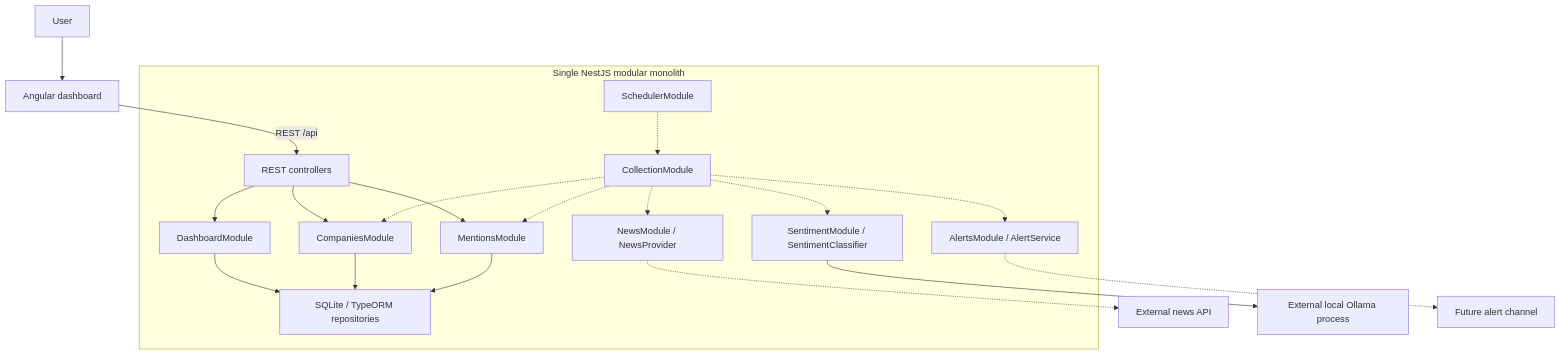
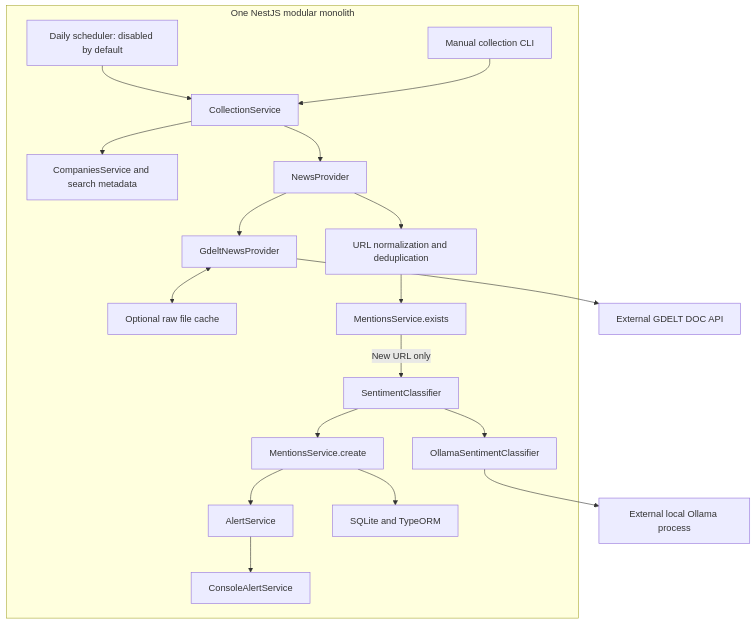
Before and after one commit to HenFaibishProjects/ourcrowd-press-monitor: the first of 3 diagrams in docs/ARCHITECTURE.md, drawn with Mermaid. The commit also changed other lines of this file and 41 other files, not shown here.

First line of the commit message:
feat: complete backend news and collection infrastructure

````diff
--- a/docs/ARCHITECTURE.md
+++ b/docs/ARCHITECTURE.md
@@ -62,23 +62,21 @@
 ```mermaid
 flowchart TD
-    User[User] --> Angular[Angular dashboard]
-    Angular -->|REST /api| API
-    subgraph Nest[Single NestJS modular monolith]
-        API[REST controllers]
-        API --> Dashboard[DashboardModule]
-        API --> Companies[CompaniesModule]
-        API --> Mentions[MentionsModule]
-        Scheduler[SchedulerModule] -.-> Collection[CollectionModule]
-        Collection -.-> Companies
-        Collection -.-> News[NewsModule / NewsProvider]
-        Collection -.-> Sentiment[SentimentModule / SentimentClassifier]
-        Collection -.-> Mentions
-        Collection -.-> Alerts[AlertsModule / AlertService]
-        Dashboard --> Storage
+    subgraph App["One NestJS modular monolith"]
+        Scheduler["Daily scheduler: disabled by default"] --> Collection[CollectionService]
+        CLI["Manual collection CLI"] --> Collection
+        Collection --> Companies["CompaniesService and search metadata"]
+        Collection --> News[NewsProvider]
+        News --> Gdelt[GdeltNewsProvider]
+        Gdelt <--> Cache["Optional raw file cache"]
+        News --> Dedup["URL normalization and deduplication"]
+        Dedup --> Exists["MentionsService.exists"]
+        Exists -->|New URL only| Classifier[SentimentClassifier]
+        Classifier --> OllamaAdapter[OllamaSentimentClassifier]
+        Classifier --> Persist["MentionsService.create"]
+        Persist --> Alerts[AlertService]
+        Alerts --> Console[ConsoleAlertService]
+        Persist --> SQLite["SQLite and TypeORM"]
     end
-    News -.-> NewsAPI[External news API]
-    Sentiment --> Ollama[External local Ollama process]
-    Companies --> Storage[SQLite / TypeORM repositories]
-    Mentions --> Storage
-    Alerts -.-> Channel[Future alert channel]
+    Gdelt --> GDELT["External GDELT DOC API"]
+    OllamaAdapter --> Ollama["External local Ollama process"]
 ```
````
